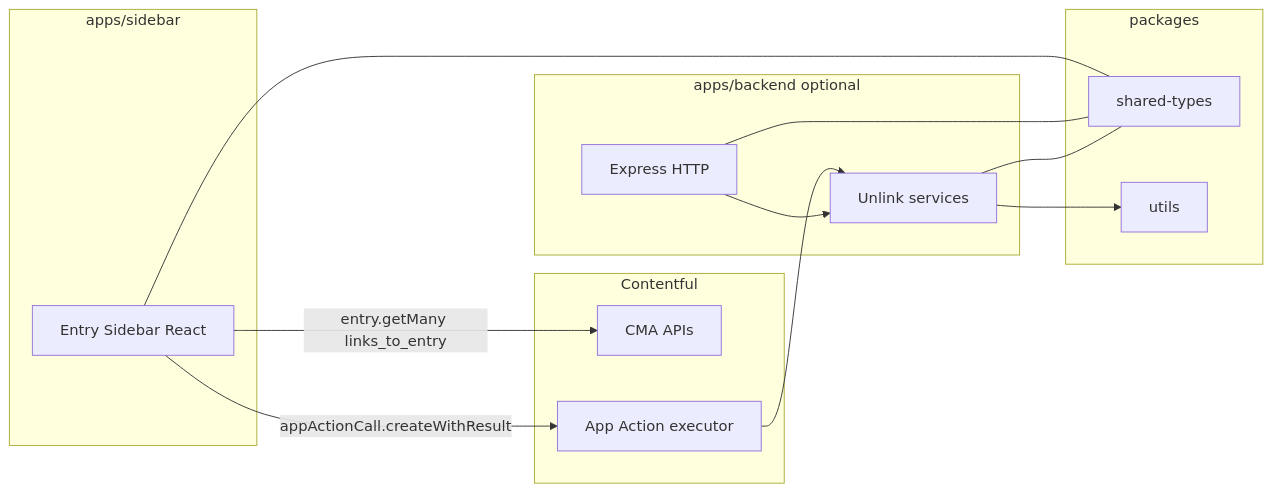
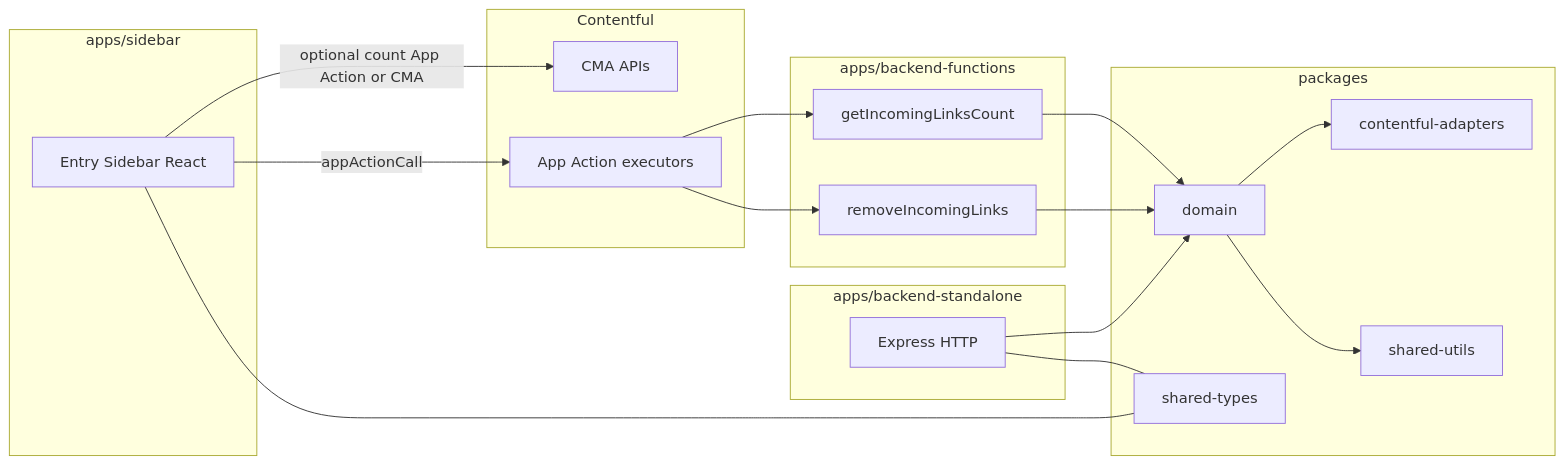
Before and after one commit to kcalvincf/archive-helper-custom-app: the diagram in README.md, drawn with Mermaid. The commit also changed other lines of this file and 124 other files, not shown here.

````diff
--- a/README.md
+++ b/README.md
@@ -15,26 +66,34 @@
 ```mermaid
 flowchart LR
   subgraph fe [apps/sidebar]
     UI[Entry Sidebar React]
   end
   subgraph cf [Contentful]
     CMA[CMA APIs]
-    AA[App Action executor]
+    AA[App Action executors]
   end
-  subgraph be [apps/backend optional]
+  subgraph be [apps/backend-standalone]
     API[Express HTTP]
-    SVC[Unlink services]
+  end
+  subgraph fn [apps/backend-functions]
+    F1[getIncomingLinksCount]
+    F2[removeIncomingLinks]
   end
   subgraph pkg [packages]
+    DOM[domain]
+    ADP[contentful-adapters]
     ST[shared-types]
-    U[utils]
+    U[shared-utils]
   end
-  UI -->|entry.getMany links_to_entry| CMA
-  UI -->|appActionCall.createWithResult| AA
-  AA --> SVC
-  API --> SVC
-  SVC --> U
+  UI -->|optional count App Action or CMA| CMA
+  UI -->|appActionCall| AA
+  AA --> F1
+  AA --> F2
+  F1 --> DOM
+  F2 --> DOM
+  API --> DOM
+  DOM --> ADP
+  DOM --> U
   UI --- ST
   API --- ST
-  SVC --- ST
 ```
````
